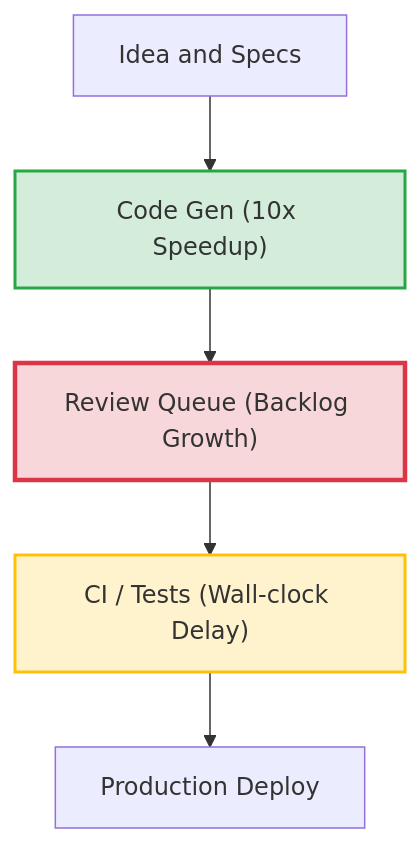
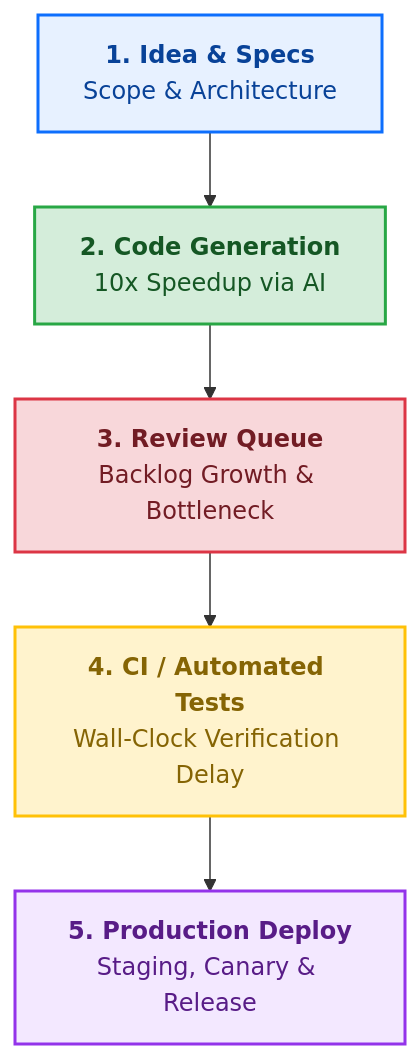
One commit to schlafer/sazidmahmud.bd changed the fourth of 6 diagrams in content/posts/11-Why AI Won’t 10x Your Software Team/index.md. Above: the diagram before and after it, drawn with Mermaid. The commit also changed other lines of this file and 2 other files, not shown here.

Commit message:
feat(blog): convert all post diagrams to colorful theme-reactive mermaid flowcharts

````diff
--- a/content/posts/11-Why AI Won’t 10x Your Software Team/index.md
+++ b/content/posts/11-Why AI Won’t 10x Your Software Team/index.md
@@ -143,11 +159,13 @@
 ```mermaid
 flowchart TD
-    A["Idea and Specs"] --> B["Code Gen (10x Speedup)"]
-    B --> C["Review Queue (Backlog Growth)"]
-    C --> D["CI / Tests (Wall-clock Delay)"]
-    D --> E["Production Deploy"]
+    A["<b>1. Idea & Specs</b><br/>Scope & Architecture"]:::blue --> B["<b>2. Code Generation</b><br/>10x Speedup via AI"]:::green
+    B --> C["<b>3. Review Queue</b><br/>Backlog Growth & Bottleneck"]:::red
+    C --> D["<b>4. CI / Automated Tests</b><br/>Wall-Clock Verification Delay"]:::yellow
+    D --> E["<b>5. Production Deploy</b><br/>Staging, Canary & Release"]:::purple
 
-    style B fill:#d4edda,stroke:#28a745,stroke-width:2px
-    style C fill:#f8d7da,stroke:#dc3545,stroke-width:3px
-    style D fill:#fff3cd,stroke:#ffc107,stroke-width:2px
+    classDef green fill:#d4edda,stroke:#28a745,stroke-width:2px,color:#155724;
+    classDef red fill:#f8d7da,stroke:#dc3545,stroke-width:2px,color:#721c24;
+    classDef yellow fill:#fff3cd,stroke:#ffc107,stroke-width:2px,color:#856404;
+    classDef blue fill:#e7f1ff,stroke:#0d6efd,stroke-width:2px,color:#084298;
+    classDef purple fill:#f3e8ff,stroke:#9333ea,stroke-width:2px,color:#581c87;
 ```
````
